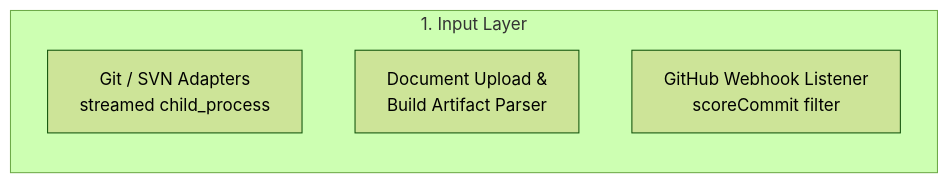
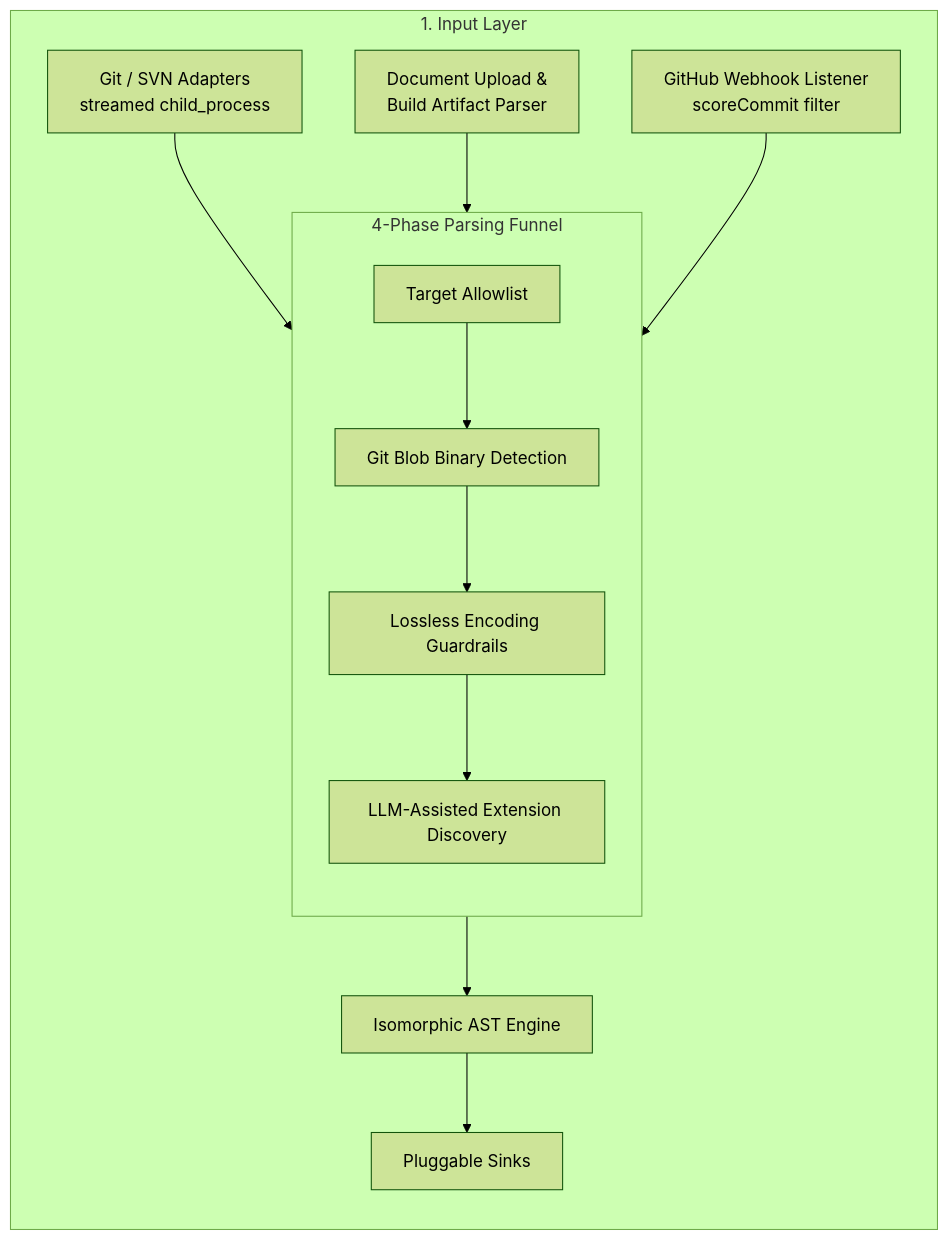
The second of 6 diagrams in docs/design/04-solution-strategy.md (dyphn1/Docuvia), drawn with Mermaid (forest theme) before and after one commit. The commit also changed other lines of this file and 29 other files, not shown here.

First line of the commit message:
feat(ast-core): introduce isomorphic ast engine via web-tree-sitter

````diff
--- a/docs/design/04-solution-strategy.md
+++ b/docs/design/04-solution-strategy.md
@@ -36,8 +38,23 @@
    ```mermaid
    flowchart LR
        subgraph 1. Input Layer
+           direction TB
            GIT[Git / SVN Adapters<br/>streamed child_process]
            DOC[Document Upload &<br/>Build Artifact Parser]
            GH[GitHub Webhook Listener<br/>scoreCommit filter]
+           
+           subgraph 4-Phase Parsing Funnel
+               direction TB
+               P1[Target Allowlist] --> P2[Git Blob Binary Detection]
+               P2 --> P3[Lossless Encoding Guardrails]
+               P3 --> P4[LLM-Assisted Extension Discovery]
+           end
+           
+           GIT --> P1
+           DOC --> P1
+           GH --> P1
+           
+           P4 --> AST[Isomorphic AST Engine]
+           AST --> SINK[Pluggable Sinks]
        end
    ```
````
